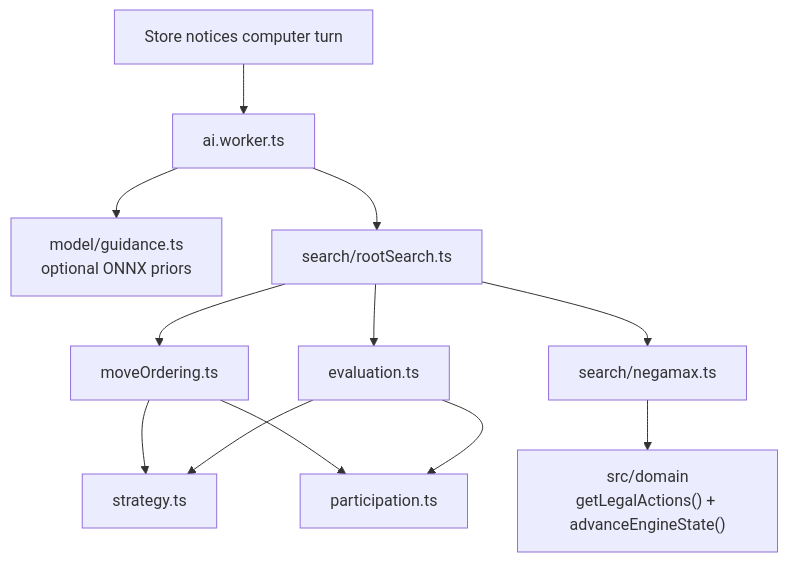
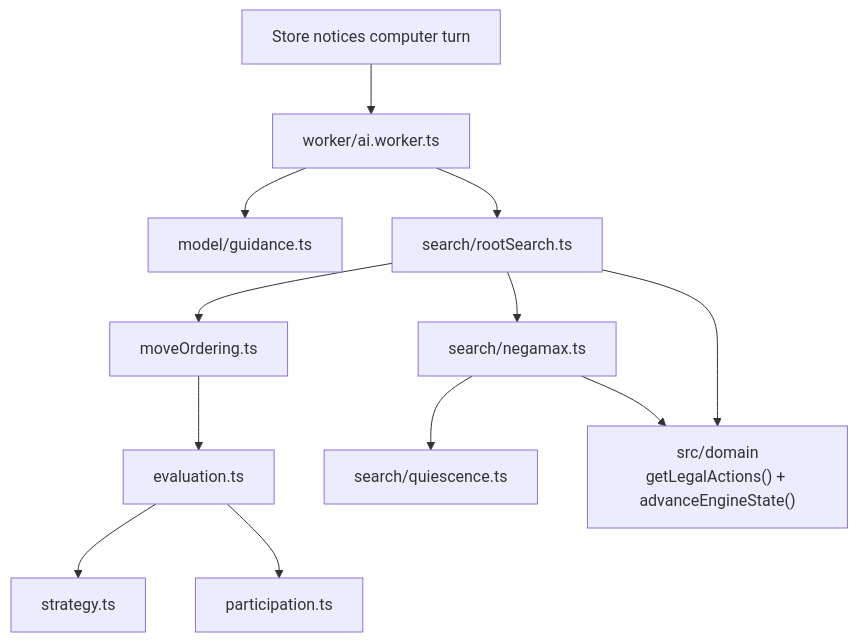
Before and after one commit to kstroevsky/you-and-i: the first of 4 diagrams in src/ai/README.md, drawn with Mermaid. The commit also changed other lines of this file and 33 other files, not shown here.

````diff
--- a/src/ai/README.md
+++ b/src/ai/README.md
@@ -43,14 +22,14 @@
 ```mermaid
 flowchart TD
-  Store["Store notices computer turn"] --> Worker["ai.worker.ts"]
-  Worker --> Guidance["model/guidance.ts<br/>optional ONNX priors"]
-  Worker --> Search["search/rootSearch.ts"]
-  Search --> Order["moveOrdering.ts"]
-  Search --> Negamax["search/negamax.ts"]
-  Search --> Eval["evaluation.ts"]
-  Order --> Strategy["strategy.ts"]
-  Order --> Participation["participation.ts"]
-  Negamax --> Domain["src/domain<br/>getLegalActions() + advanceEngineState()"]
-  Eval --> Strategy
-  Eval --> Participation
+  Store["Store notices computer turn"] --> Worker["worker/ai.worker.ts"]
+  Worker --> Guidance["model/guidance.ts"]
+  Worker --> Root["search/rootSearch.ts"]
+  Root --> Order["moveOrdering.ts"]
+  Root --> Negamax["search/negamax.ts"]
+  Negamax --> Quiescence["search/quiescence.ts"]
+  Order --> Eval["evaluation.ts"]
+  Eval --> Strategy["strategy.ts"]
+  Eval --> Participation["participation.ts"]
+  Root --> Domain["src/domain<br/>getLegalActions() + advanceEngineState()"]
+  Negamax --> Domain
 ```
````
